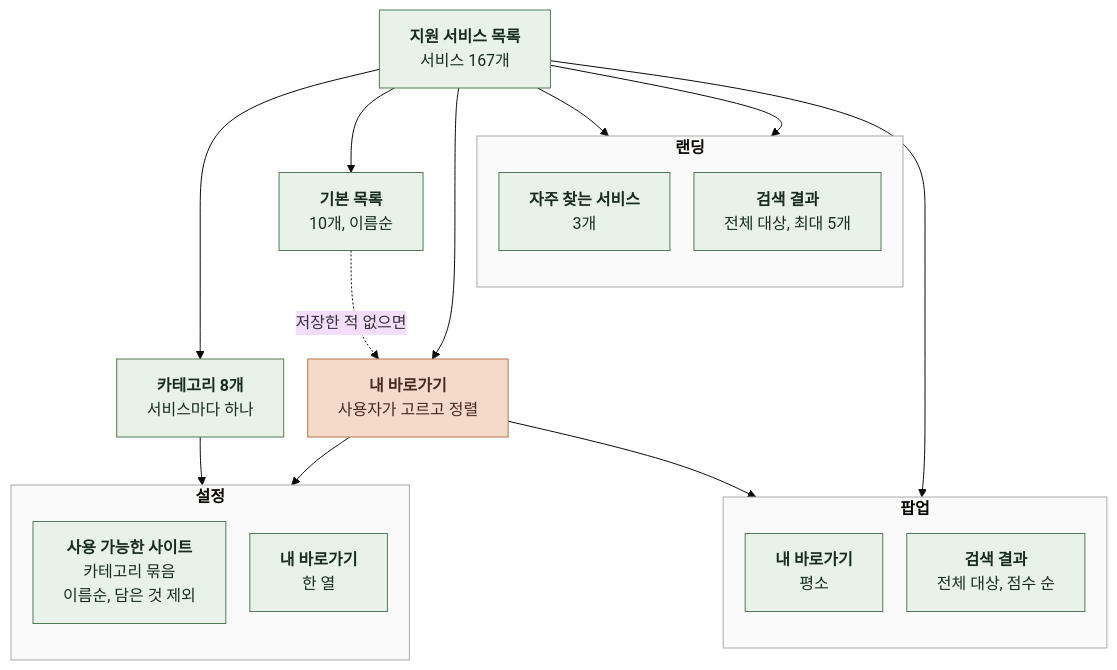
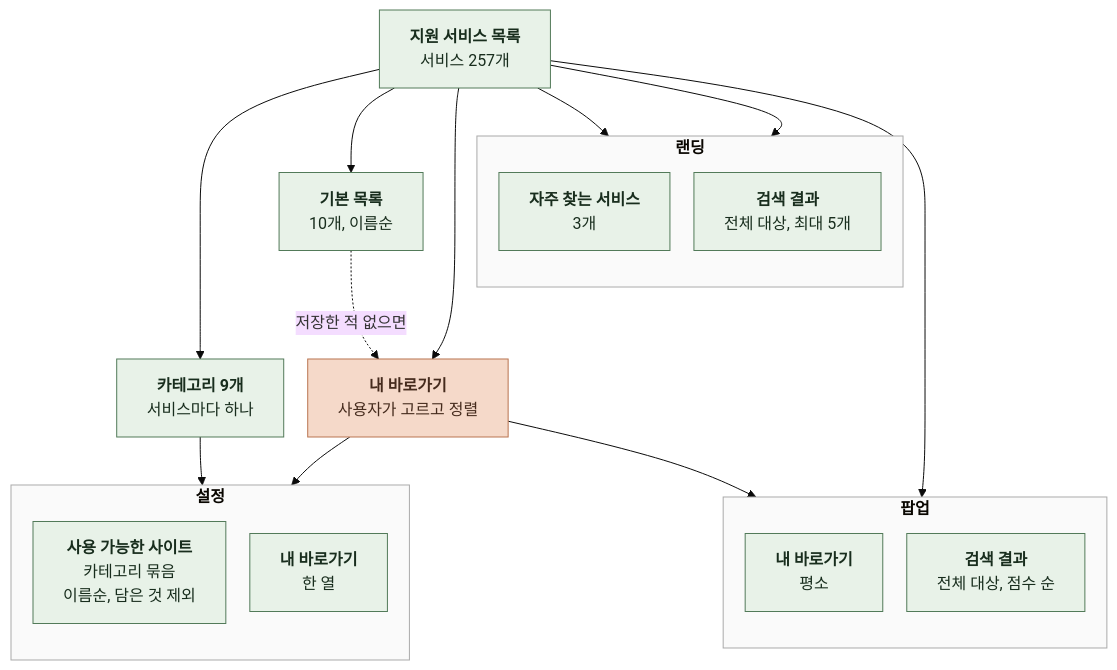
The diagram in docs/spec/3-INFORMATION-ARCHITECTURE.md (kangkyunghyun/LinKHU), drawn with Mermaid (base theme) before and after one commit. The commit also changed other lines of this file and 464 other files, not shown here.

````diff
--- a/docs/spec/3-INFORMATION-ARCHITECTURE.md
+++ b/docs/spec/3-INFORMATION-ARCHITECTURE.md
@@ -7,48 +7,48 @@
 ```mermaid
 %%{init: {"flowchart": {"curve": "basis", "nodeSpacing": 24, "rankSpacing": 48}}}%%
 flowchart TB
     D["`**지원 서비스 목록**
-서비스 167개`"]
-    D --> C["`**카테고리 8개**
+서비스 257개`"]
+    D --> C["`**카테고리 9개**
 서비스마다 하나`"]
     D --> B["`**기본 목록**
 10개, 이름순`"]
     D --> U["`**내 바로가기**
 사용자가 고르고 정렬`"]
     B -.->|"`저장한 적 없으면`"| U
     subgraph P["`**팝업**`"]
         direction TB
         P1["`**내 바로가기**
 평소`"]
         P2["`**검색 결과**
 전체 대상, 점수 순`"]
     end
     subgraph O["`**설정**`"]
         direction TB
         O1["`**사용 가능한 사이트**
 카테고리 묶음
 이름순, 담은 것 제외`"]
         O2["`**내 바로가기**
 한 열`"]
     end
     subgraph L["`**랜딩**`"]
         direction TB
         L1["`**자주 찾는 서비스**
 3개`"]
         L2["`**검색 결과**
 전체 대상, 최대 5개`"]
     end
     U --> P1
     U --> O2
     C --> O1
     D --> P2
     D --> L1
     D --> L2
     classDef comp fill:#E8F2E8,stroke:#527A59,color:#182D1D
     classDef store fill:#F5D9C9,stroke:#B97450,color:#452B1D
     class D,C,B,P1,P2,O1,O2,L1,L2 comp
     class U store
     style P fill:#FAFAFA,stroke:#AAAAAA
     style O fill:#FAFAFA,stroke:#AAAAAA
     style L fill:#FAFAFA,stroke:#AAAAAA
 ```
````
